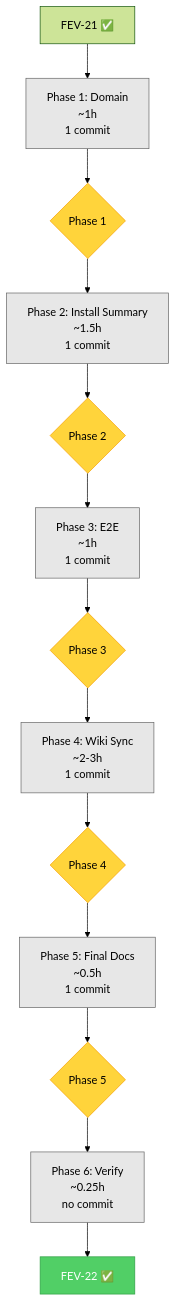
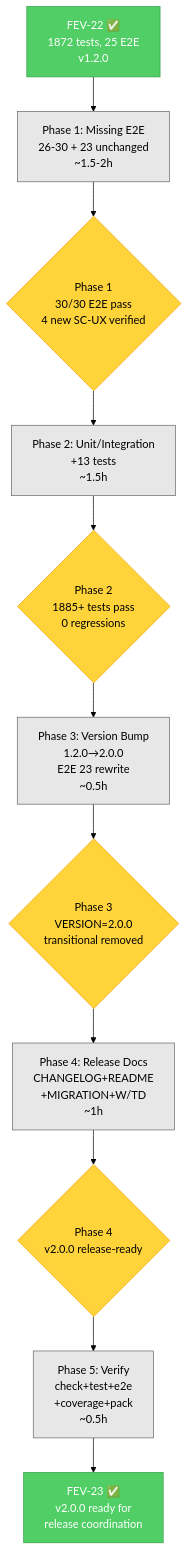
One commit to Fisherk2/codice-opencode changed the diagram in tasks/todo.md. Above: the diagram before and after it, drawn with Mermaid (forest theme). The commit also changed other lines of this file and 1 other file, not shown here.

First line of the commit message:
docs: FEV-23 implementation plan (v2.0.0 Testing & Integration)

````diff
--- a/tasks/todo.md
+++ b/tasks/todo.md
@@ -355,20 +355,18 @@
 ```mermaid
 graph TD
-    F21[FEV-21 ✅] --> P1
-    P1[Phase 1: Domain<br/>~1h<br/>1 commit]:::seq --> CP1
-    CP1{Phase 1}:::gate --> P2
-    P2[Phase 2: Install Summary<br/>~1.5h<br/>1 commit]:::seq --> CP2
-    CP2{Phase 2}:::gate --> P3
-    P3[Phase 3: E2E<br/>~1h<br/>1 commit]:::seq --> CP3
-    CP3{Phase 3}:::gate --> P4
-    P4[Phase 4: Wiki Sync<br/>~2-3h<br/>1 commit]:::seq --> CP4
-    CP4{Phase 4}:::gate --> P5
-    P5[Phase 5: Final Docs<br/>~0.5h<br/>1 commit]:::seq --> CP5
-    CP5{Phase 5}:::gate --> V
-    V[Phase 6: Verify<br/>~0.25h<br/>no commit]:::seq --> DONE
-    DONE[FEV-22 ✅]:::done
+    F22[FEV-22 ✅<br/>1872 tests, 25 E2E<br/>v1.2.0]:::done --> P1
+    P1[Phase 1: Missing E2E<br/>26-30 + 23 unchanged<br/>~1.5-2h]:::seq --> CP1
+    CP1{Phase 1<br/>30/30 E2E pass<br/>4 new SC-UX verified}:::gate --> P2
+    P2[Phase 2: Unit/Integration<br/>+13 tests<br/>~1.5h]:::seq --> CP2
+    CP2{Phase 2<br/>1885+ tests pass<br/>0 regressions}:::gate --> P3
+    P3[Phase 3: Version Bump<br/>1.2.0→2.0.0<br/>E2E 23 rewrite<br/>~0.5h]:::seq --> CP3
+    CP3{Phase 3<br/>VERSION=2.0.0<br/>transitional removed}:::gate --> P4
+    P4[Phase 4: Release Docs<br/>CHANGELOG+README<br/>+MIGRATION+W/TD<br/>~1h]:::seq --> CP4
+    CP4{Phase 4<br/>v2.0.0 release-ready}:::gate --> P5
+    P5[Phase 5: Verify<br/>check+test+e2e<br/>+coverage+pack<br/>~0.5h]:::seq --> DONE
+    DONE[FEV-23 ✅<br/>v2.0.0 ready for<br/>release coordination]:::done
 
     classDef done fill:#51cf66,stroke:#2f9e44,color:#fff
     classDef gate fill:#ffd43b,stroke:#f59f00,color:#000
     classDef seq fill:#e7e7e7,stroke:#666,color:#000
 ```
````
